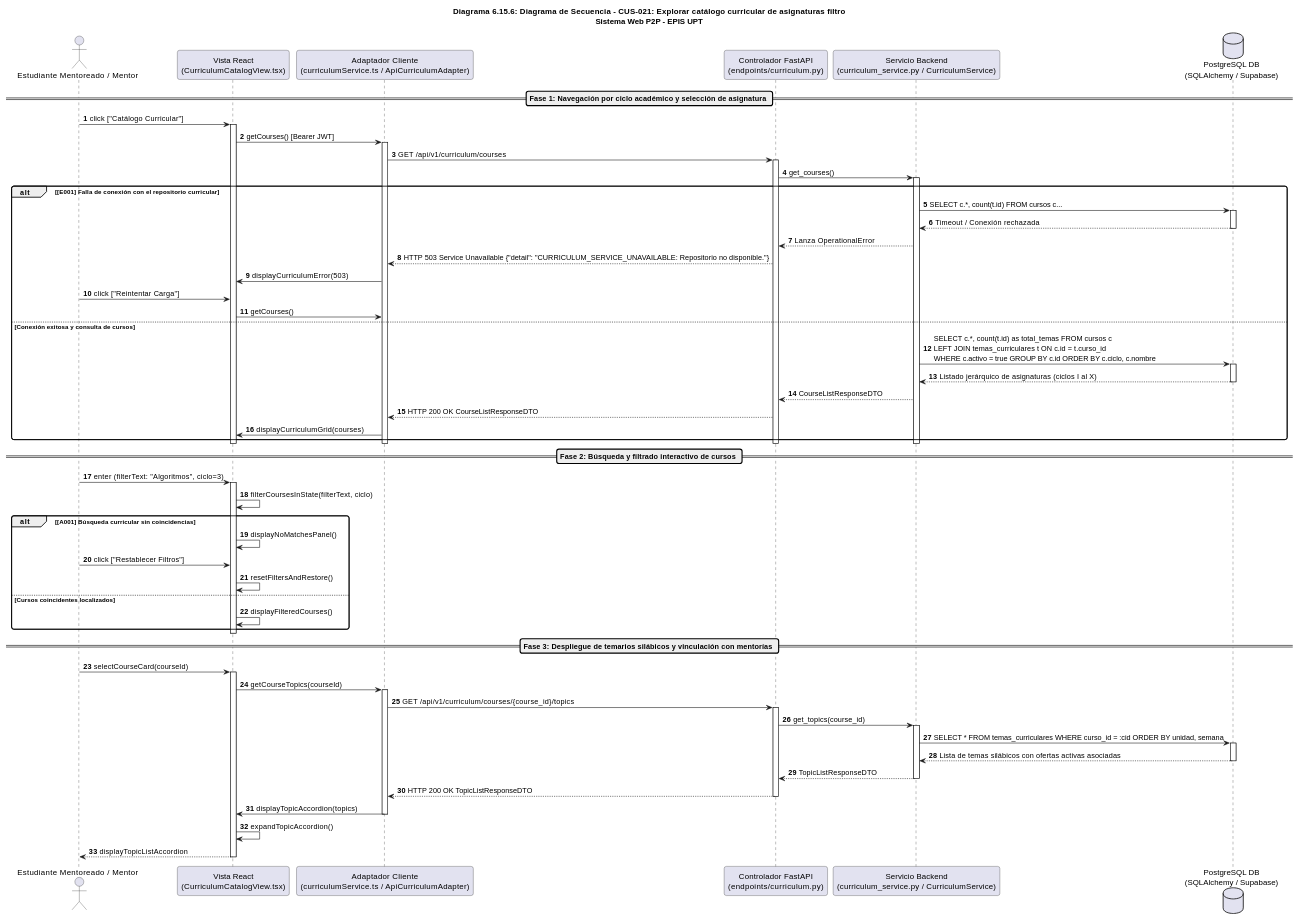
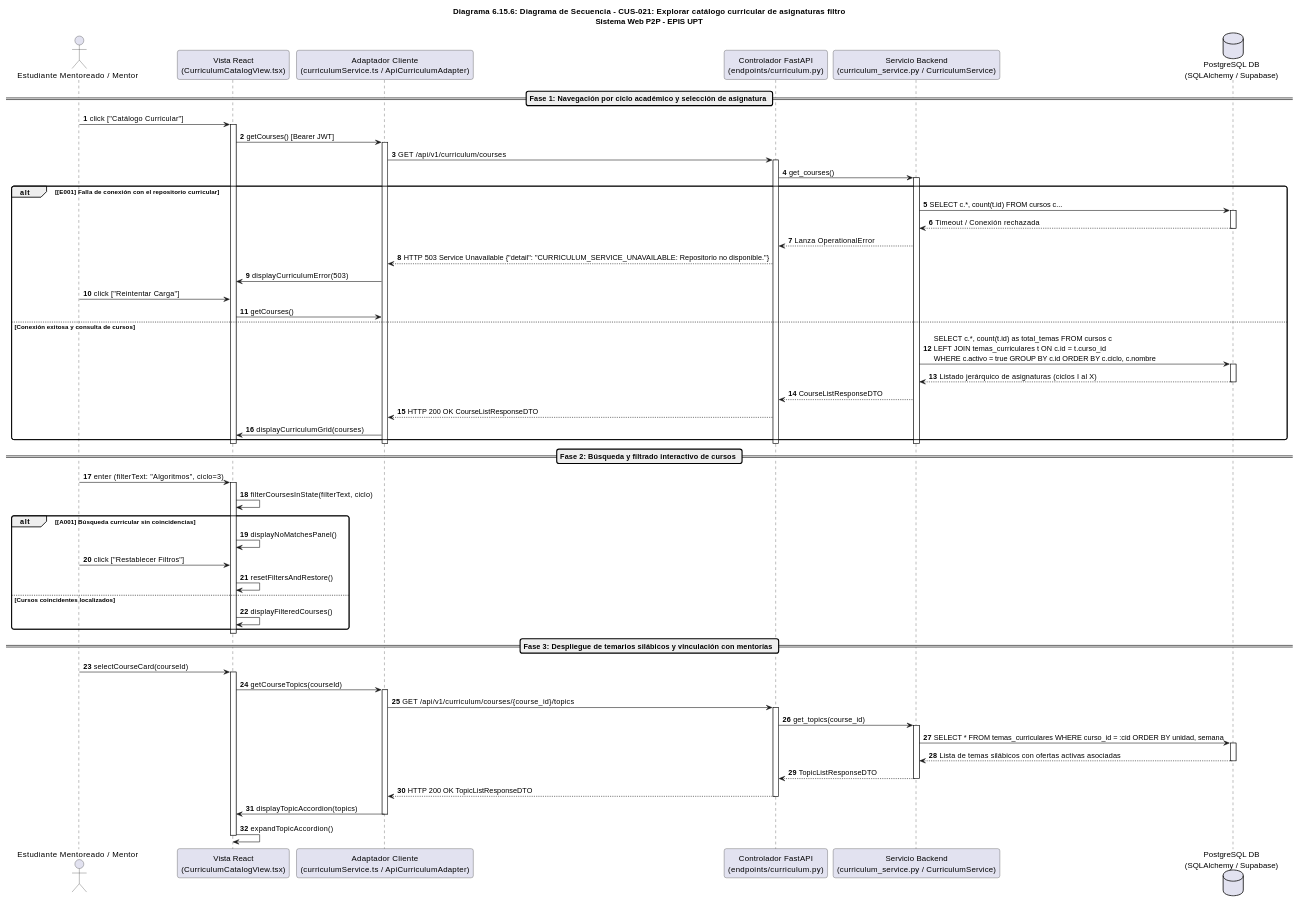
One commit to JMedina255/sistema_web_p2p changed the seventh of 25 diagrams in docs/diseño/DIAGRAMAS_DE_SECUENCIA_CONSOLIDADOS.md. Above: the diagram before and after it, drawn with PlantUML. The commit also changed other lines of this file and 1 other file, not shown here.

Commit message:
docs(diseño): alinear diagramas de secuencia con estándar Visual Paradigm y flujo de vista estricto

````diff
--- a/docs/diseño/DIAGRAMAS_DE_SECUENCIA_CONSOLIDADOS.md
+++ b/docs/diseño/DIAGRAMAS_DE_SECUENCIA_CONSOLIDADOS.md
@@ -1043,7 +1030,6 @@
 deactivate Client
 
 UI -> UI: expandTopicAccordion()
-UI --> User: displayTopicListAccordion
 deactivate UI
 @enduml
 ```
````
